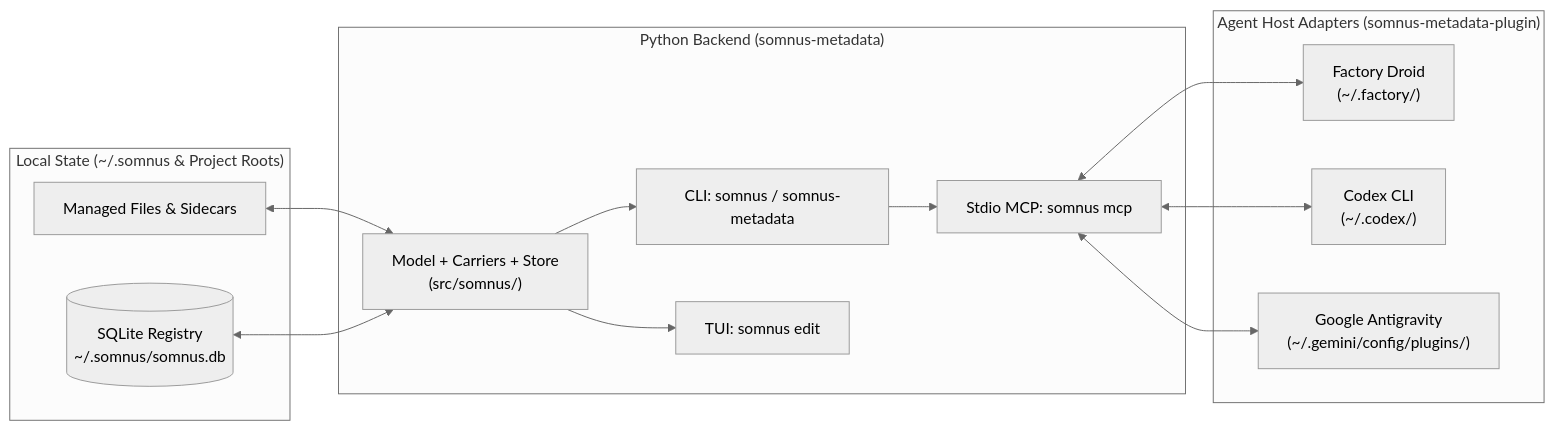
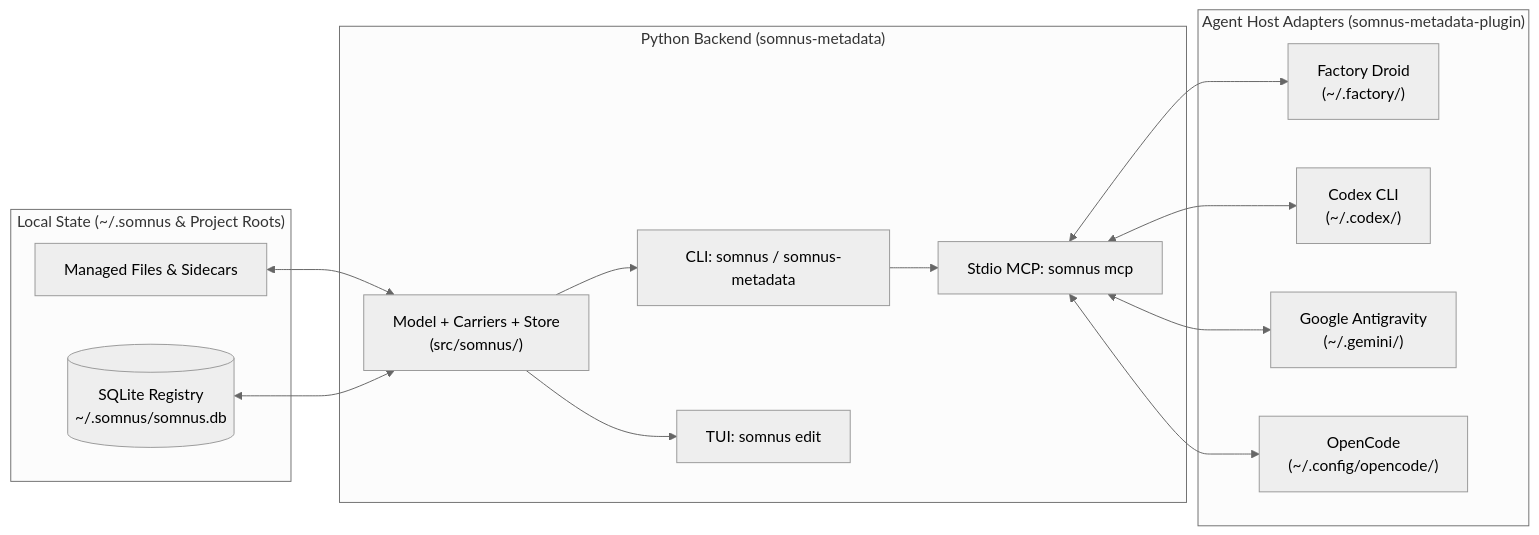
The first of 2 diagrams in docs/USAGE_GUIDE.md (calisweetleaf/somnus-metadata), drawn with Mermaid (neutral theme) before and after one commit. The commit also changed other lines of this file and 2 other files, not shown here.

First line of the commit message:
docs: pip-first install, OpenCode host, and new skill locations

````diff
--- a/docs/USAGE_GUIDE.md
+++ b/docs/USAGE_GUIDE.md
@@ -66,29 +66,31 @@
 ```mermaid
 flowchart LR
     subgraph Storage["Local State (~/.somnus & Project Roots)"]
         FILES["Managed Files & Sidecars"]
         DB[("SQLite Registry\n~/.somnus/somnus.db")]
     end
 
     subgraph Core["Python Backend (somnus-metadata)"]
         ENGINE["Model + Carriers + Store\n(src/somnus/)"]
         CLI["CLI: somnus / somnus-metadata"]
         TUI["TUI: somnus edit"]
         MCP["Stdio MCP: somnus mcp"]
     end
 
     subgraph Adapters["Agent Host Adapters (somnus-metadata-plugin)"]
         DROID["Factory Droid\n(~/.factory/)"]
         CODEX["Codex CLI\n(~/.codex/)"]
-        AGY["Google Antigravity\n(~/.gemini/config/plugins/)"]
+        AGY["Google Antigravity\n(~/.gemini/)"]
+        OC["OpenCode\n(~/.config/opencode/)"]
     end
 
     FILES <--> ENGINE
     DB <--> ENGINE
     ENGINE --> CLI
     ENGINE --> TUI
     CLI --> MCP
     MCP <--> DROID
     MCP <--> CODEX
     MCP <--> AGY
+    MCP <--> OC
 ```
````
